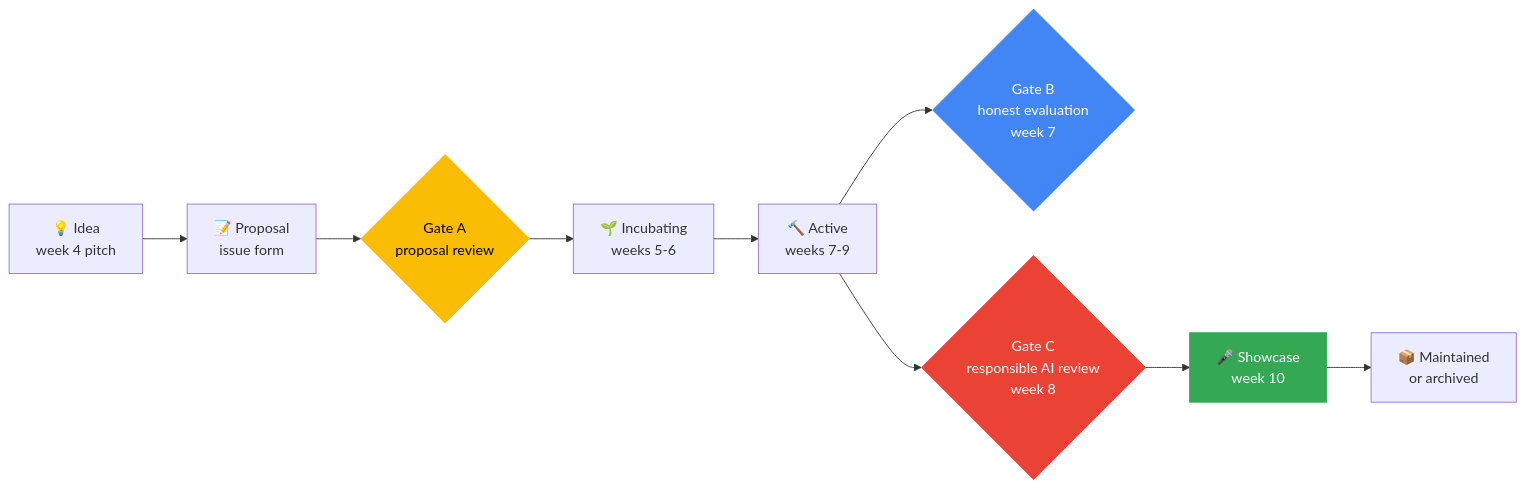
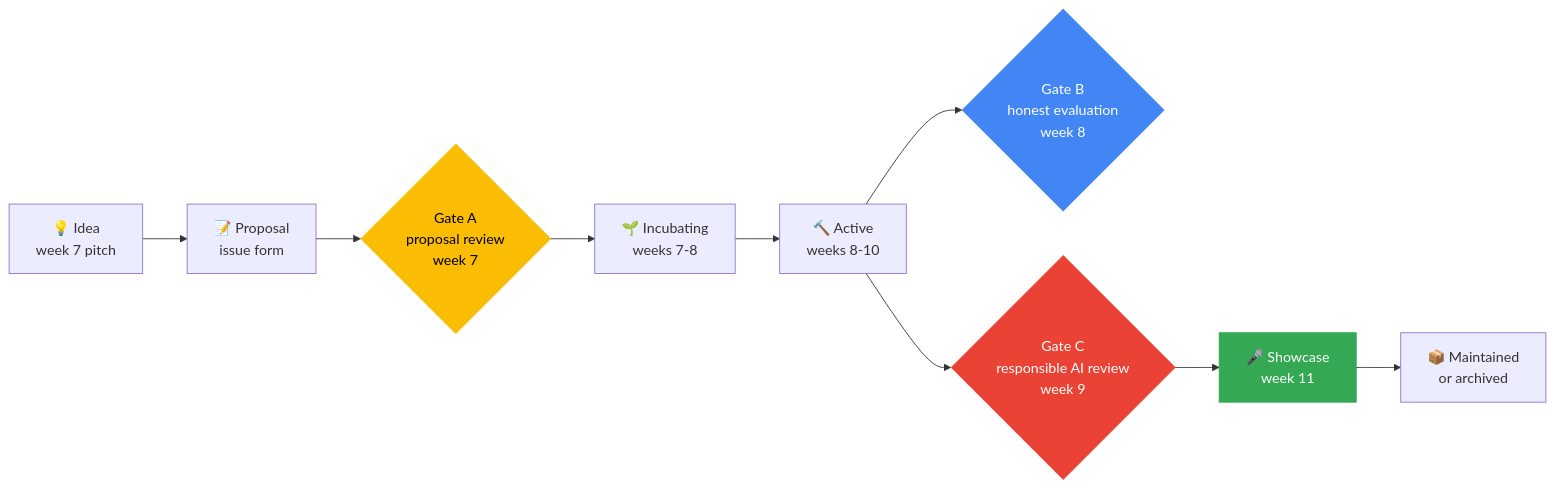
The diagram in docs/project-lifecycle.md (GDG-TUM/AI-ML-Track-GDG-on-Campus-TUM), drawn with Mermaid before and after one commit. The commit also changed other lines of this file and 41 other files, not shown here.

````diff
--- a/docs/project-lifecycle.md
+++ b/docs/project-lifecycle.md
@@ -7,15 +7,15 @@
 ```mermaid
 flowchart LR
-    A[💡 Idea<br/>week 4 pitch] --> B[📝 Proposal<br/>issue form]
-    B --> G1{Gate A<br/>proposal review}
-    G1 --> C[🌱 Incubating<br/>weeks 5-6]
-    C --> D[🔨 Active<br/>weeks 7-9]
-    D --> G2{Gate B<br/>honest evaluation<br/>week 7}
-    D --> G3{Gate C<br/>responsible AI review<br/>week 8}
-    G3 --> E[🎤 Showcase<br/>week 10]
+    A[💡 Idea<br/>week 7 pitch] --> B[📝 Proposal<br/>issue form]
+    B --> G1{Gate A<br/>proposal review<br/>week 7}
+    G1 --> C[🌱 Incubating<br/>weeks 7-8]
+    C --> D[🔨 Active<br/>weeks 8-10]
+    D --> G2{Gate B<br/>honest evaluation<br/>week 8}
+    D --> G3{Gate C<br/>responsible AI review<br/>week 9}
+    G3 --> E[🎤 Showcase<br/>week 11]
     E --> F[📦 Maintained<br/>or archived]
     style G1 fill:#FBBC04,color:#000,stroke:#FBBC04
     style G2 fill:#4285F4,color:#fff,stroke:#4285F4
     style G3 fill:#EA4335,color:#fff,stroke:#EA4335
     style E fill:#34A853,color:#fff,stroke:#34A853
 ```
````
